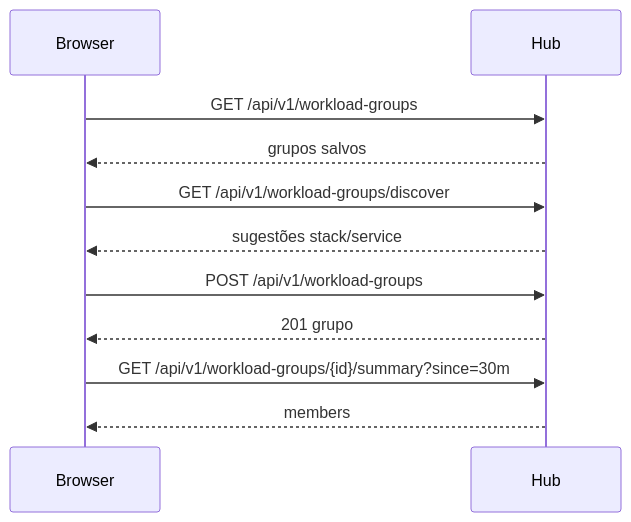
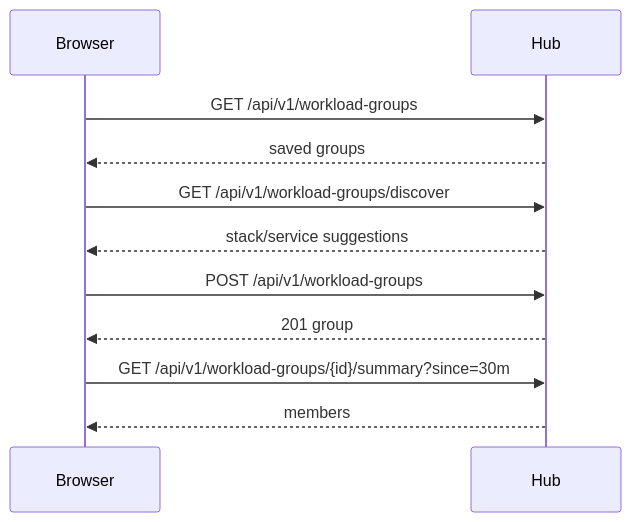
One commit to HarryRaddatz/argus-observability changed the fourth of 4 diagrams in docs/flows/ui-panel.md. Above: the diagram before and after it, drawn with Mermaid. The commit also changed other lines of this file and 89 other files, not shown here.

````diff
--- a/docs/flows/ui-panel.md
+++ b/docs/flows/ui-panel.md
@@ -109,14 +109,14 @@
 ```mermaid
 sequenceDiagram
   participant Browser
   participant Hub
 
   Browser->>Hub: GET /api/v1/workload-groups
-  Hub-->>Browser: grupos salvos
+  Hub-->>Browser: saved groups
   Browser->>Hub: GET /api/v1/workload-groups/discover
-  Hub-->>Browser: sugestões stack/service
+  Hub-->>Browser: stack/service suggestions
   Browser->>Hub: POST /api/v1/workload-groups
-  Hub-->>Browser: 201 grupo
+  Hub-->>Browser: 201 group
   Browser->>Hub: GET /api/v1/workload-groups/{id}/summary?since=30m
   Hub-->>Browser: members
 ```
````
